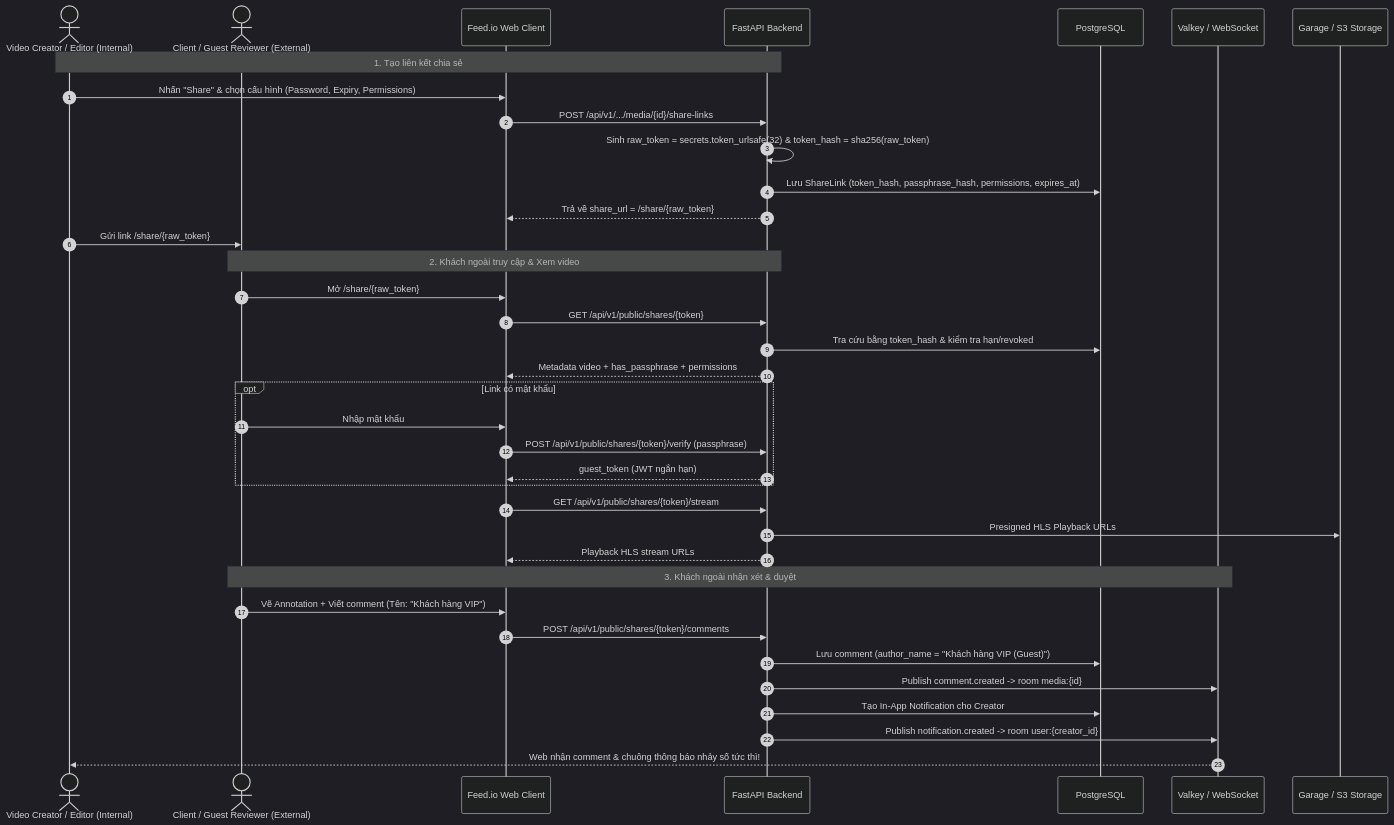
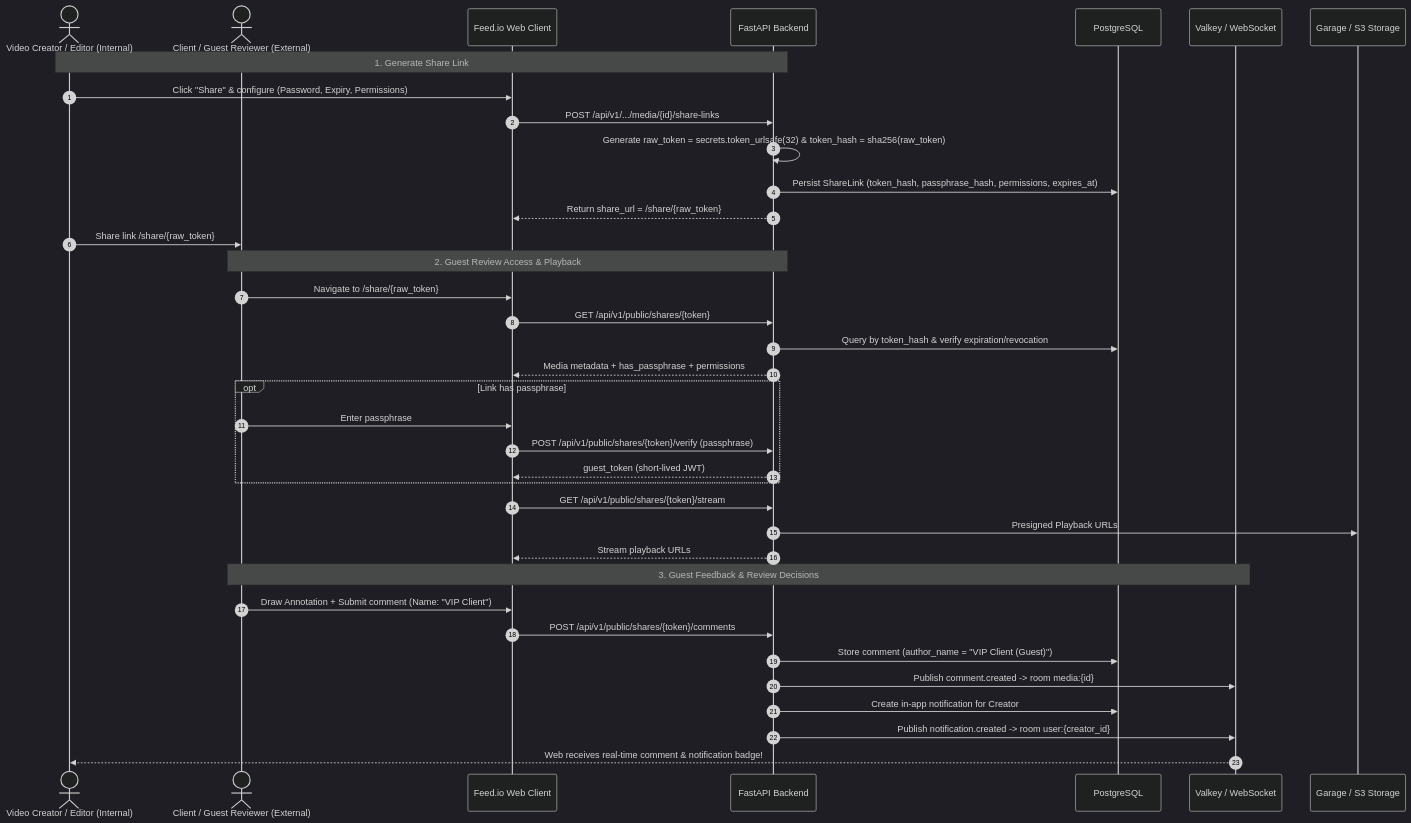
One commit to khanhnkq/feed.io changed the diagram in docs/PHASE_8A_PLAN.md. Above: the diagram before and after it, drawn with Mermaid (dark theme). The commit also changed other lines of this file and 12 other files, not shown here.

Commit message:
docs: translate and update project planning and architecture documents to English

````diff
--- a/docs/PHASE_8A_PLAN.md
+++ b/docs/PHASE_8A_PLAN.md
@@ -25,42 +25,42 @@
 ```mermaid
 sequenceDiagram
     autonumber
     actor Creator as Video Creator / Editor (Internal)
     actor Guest as Client / Guest Reviewer (External)
     participant Web as Feed.io Web Client
     participant API as FastAPI Backend
     participant DB as PostgreSQL
     participant Valkey as Valkey / WebSocket
     participant Storage as Garage / S3 Storage
 
-    Note over Creator,API: 1. Tạo liên kết chia sẻ
-    Creator->>Web: Nhấn "Share" & chọn cấu hình (Password, Expiry, Permissions)
+    Note over Creator,API: 1. Generate Share Link
+    Creator->>Web: Click "Share" & configure (Password, Expiry, Permissions)
     Web->>API: POST /api/v1/.../media/{id}/share-links
-    API->>API: Sinh raw_token = secrets.token_urlsafe(32) & token_hash = sha256(raw_token)
-    API->>DB: Lưu ShareLink (token_hash, passphrase_hash, permissions, expires_at)
-    API-->>Web: Trả về share_url = /share/{raw_token}
-    Creator->>Guest: Gửi link /share/{raw_token}
+    API->>API: Generate raw_token = secrets.token_urlsafe(32) & token_hash = sha256(raw_token)
+    API->>DB: Persist ShareLink (token_hash, passphrase_hash, permissions, expires_at)
+    API-->>Web: Return share_url = /share/{raw_token}
+    Creator->>Guest: Share link /share/{raw_token}
 
-    Note over Guest,API: 2. Khách ngoài truy cập & Xem video
-    Guest->>Web: Mở /share/{raw_token}
+    Note over Guest,API: 2. Guest Review Access & Playback
+    Guest->>Web: Navigate to /share/{raw_token}
     Web->>API: GET /api/v1/public/shares/{token}
-    API->>DB: Tra cứu bằng token_hash & kiểm tra hạn/revoked
-    API-->>Web: Metadata video + has_passphrase + permissions
-    opt Link có mật khẩu
-        Guest->>Web: Nhập mật khẩu
+    API->>DB: Query by token_hash & verify expiration/revocation
+    API-->>Web: Media metadata + has_passphrase + permissions
+    opt Link has passphrase
+        Guest->>Web: Enter passphrase
         Web->>API: POST /api/v1/public/shares/{token}/verify (passphrase)
-        API-->>Web: guest_token (JWT ngắn hạn)
+        API-->>Web: guest_token (short-lived JWT)
     end
     Web->>API: GET /api/v1/public/shares/{token}/stream
-    API->>Storage: Presigned HLS Playback URLs
-    API-->>Web: Playback HLS stream URLs
-
-    Note over Guest,Valkey: 3. Khách ngoài nhận xét & duyệt
-    Guest->>Web: Vẽ Annotation + Viết comment (Tên: "Khách hàng VIP")
+    API->>Storage: Presigned Playback URLs
+    API-->>Web: Stream playback URLs
+    
+    Note over Guest,Valkey: 3. Guest Feedback & Review Decisions
+    Guest->>Web: Draw Annotation + Submit comment (Name: "VIP Client")
     Web->>API: POST /api/v1/public/shares/{token}/comments
-    API->>DB: Lưu comment (author_name = "Khách hàng VIP (Guest)")
+    API->>DB: Store comment (author_name = "VIP Client (Guest)")
     API->>Valkey: Publish comment.created -> room media:{id}
-    API->>DB: Tạo In-App Notification cho Creator
+    API->>DB: Create in-app notification for Creator
     API->>Valkey: Publish notification.created -> room user:{creator_id}
-    Valkey-->>Creator: Web nhận comment & chuông thông báo nhảy số tức thì!
+    Valkey-->>Creator: Web receives real-time comment & notification badge!
 ```
````
